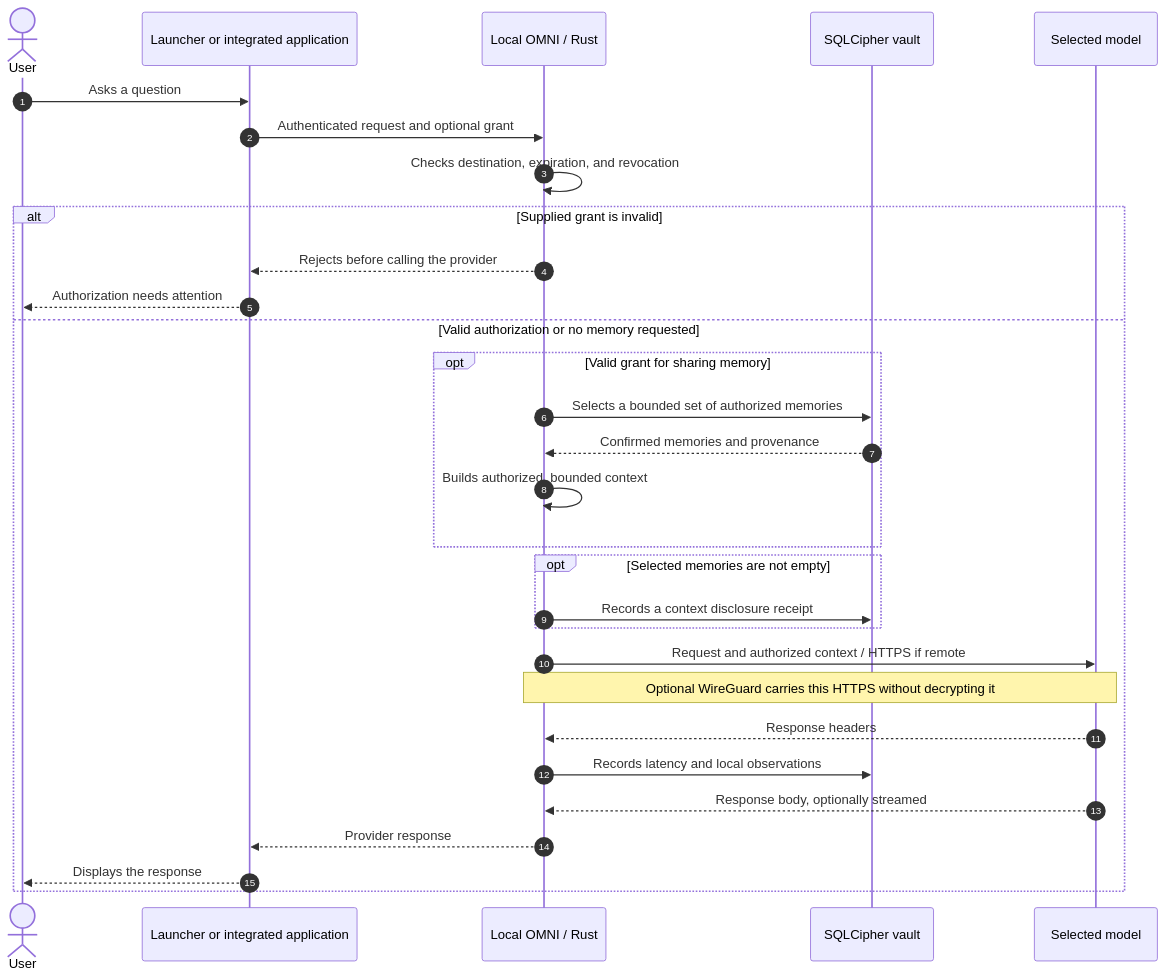
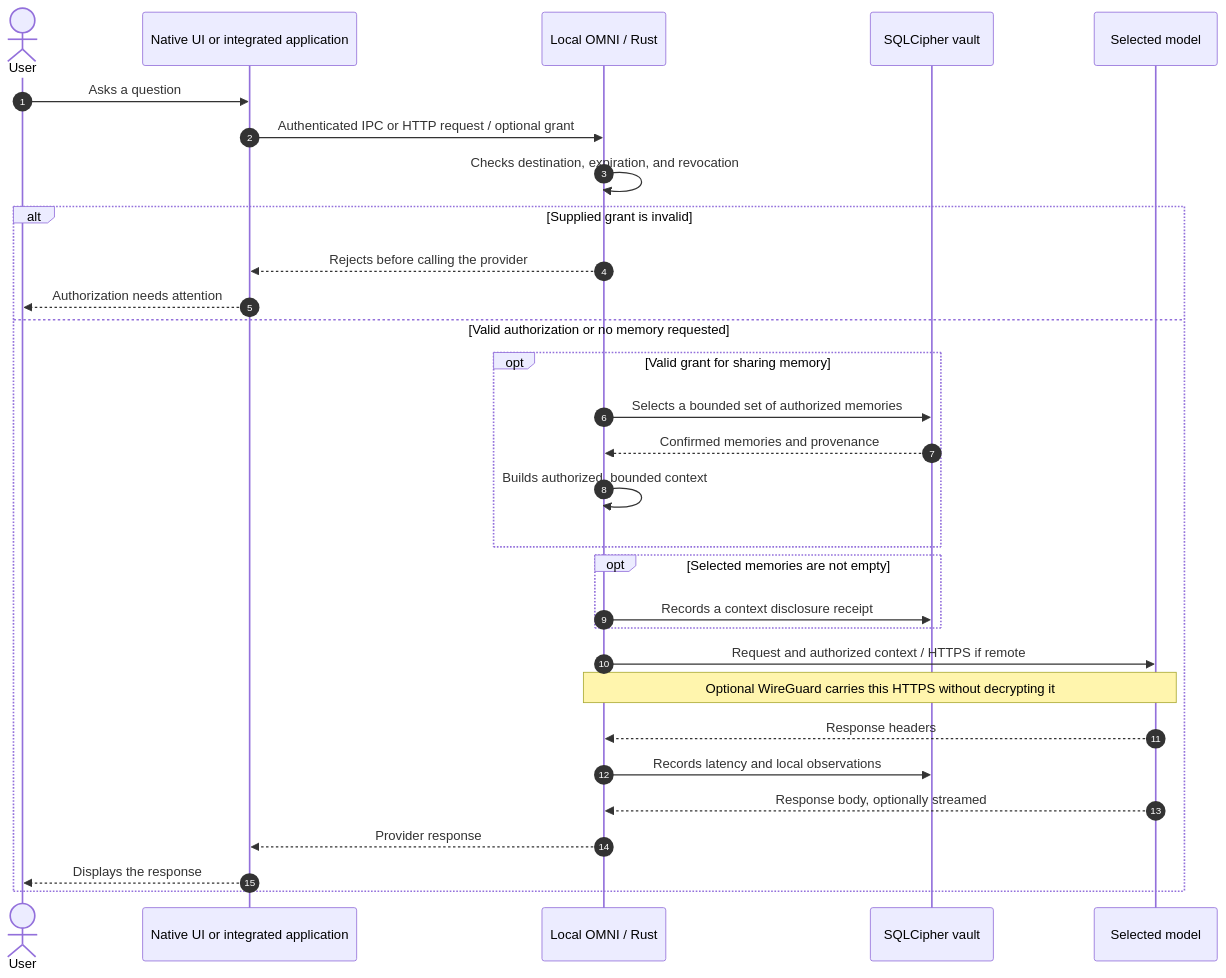
One commit to nabz0r/OMNI-OS changed the first of 5 diagrams in DIAGRAMS.md. Above: the diagram before and after it, drawn with Mermaid. The commit also changed other lines of this file and 30 other files, not shown here.

````diff
--- a/DIAGRAMS.md
+++ b/DIAGRAMS.md
@@ -11,33 +11,33 @@
 ```mermaid
 sequenceDiagram
     autonumber
     actor User as User
-    participant UI as Launcher or integrated application
+    participant UI as Native UI or integrated application
     participant Core as Local OMNI / Rust
     participant Vault as SQLCipher vault
     participant LLM as Selected model
 
     User->>UI: Asks a question
-    UI->>Core: Authenticated request and optional grant
+    UI->>Core: Authenticated IPC or HTTP request / optional grant
     Core->>Core: Checks destination, expiration, and revocation
     alt Supplied grant is invalid
         Core-->>UI: Rejects before calling the provider
         UI-->>User: Authorization needs attention
     else Valid authorization or no memory requested
         opt Valid grant for sharing memory
             Core->>Vault: Selects a bounded set of authorized memories
             Vault-->>Core: Confirmed memories and provenance
             Core->>Core: Builds authorized, bounded context
         end
         opt Selected memories are not empty
             Core->>Vault: Records a context disclosure receipt
         end
         Core->>LLM: Request and authorized context / HTTPS if remote
         Note over Core,LLM: Optional WireGuard carries this HTTPS without decrypting it
         LLM-->>Core: Response headers
         Core->>Vault: Records latency and local observations
         LLM-->>Core: Response body, optionally streamed
         Core-->>UI: Provider response
         UI-->>User: Displays the response
     end
 ```
````
